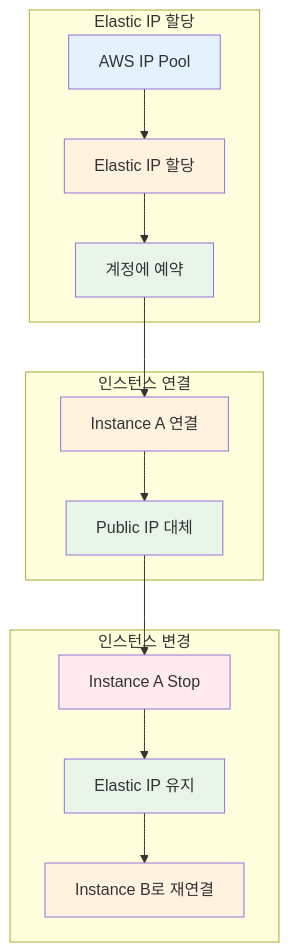
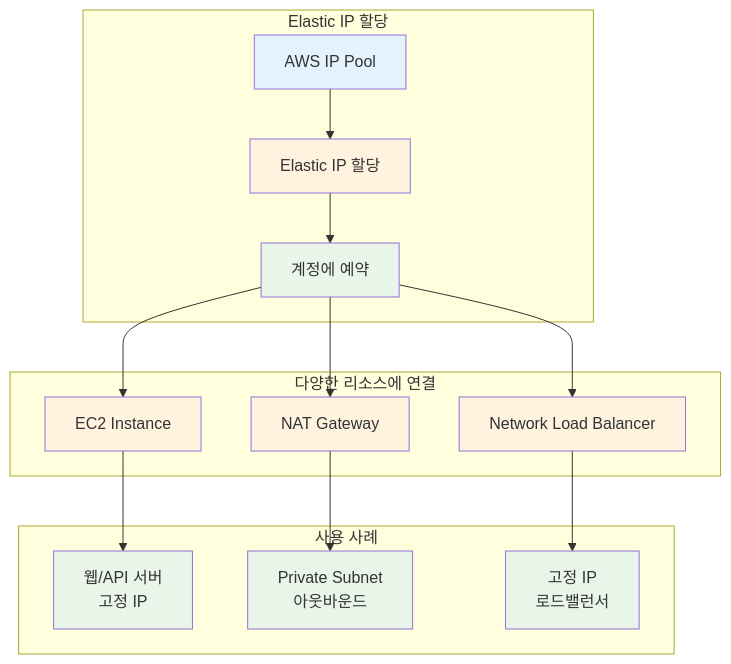
Before and after one commit to niceguy61/kdt_devops_lecture_2025: the second of 3 diagrams in theory/week_05/day2/session_1.md, drawn with Mermaid. The commit also changed other lines of this file, not shown here.

````diff
--- a/theory/week_05/day2/session_1.md
+++ b/theory/week_05/day2/session_1.md
@@ -230,27 +230,29 @@
 ```mermaid
 graph TB
     subgraph "Elastic IP 할당"
         A[AWS IP Pool] --> B[Elastic IP 할당]
         B --> C[계정에 예약]
     end
     
-    subgraph "인스턴스 연결"
-        C --> D[Instance A 연결]
-        D --> E[Public IP 대체]
+    subgraph "다양한 리소스에 연결"
+        C --> D[EC2 Instance]
+        C --> E[NAT Gateway]
+        C --> F[Network Load Balancer]
     end
     
-    subgraph "인스턴스 변경"
-        E --> F[Instance A Stop]
-        F --> G[Elastic IP 유지]
-        G --> H[Instance B로 재연결]
+    subgraph "사용 사례"
+        D --> G[웹/API 서버<br/>고정 IP]
+        E --> H[Private Subnet<br/>아웃바운드]
+        F --> I[고정 IP<br/>로드밸런서]
     end
     
     style A fill:#e3f2fd
     style B fill:#fff3e0
     style C fill:#e8f5e8
     style D fill:#fff3e0
-    style E fill:#e8f5e8
-    style F fill:#ffebee
+    style E fill:#fff3e0
+    style F fill:#fff3e0
     style G fill:#e8f5e8
-    style H fill:#fff3e0
+    style H fill:#e8f5e8
+    style I fill:#e8f5e8
 ```
````
